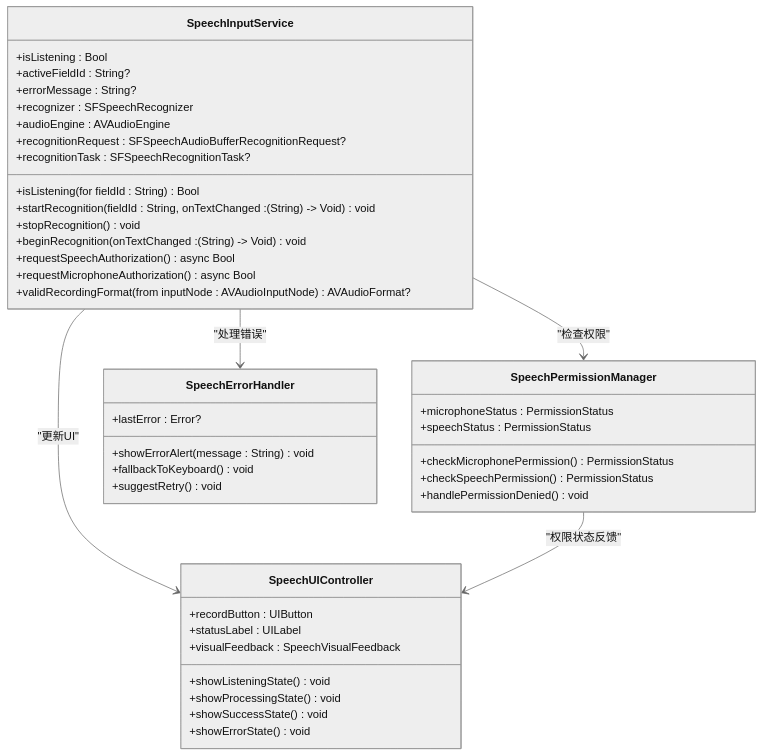
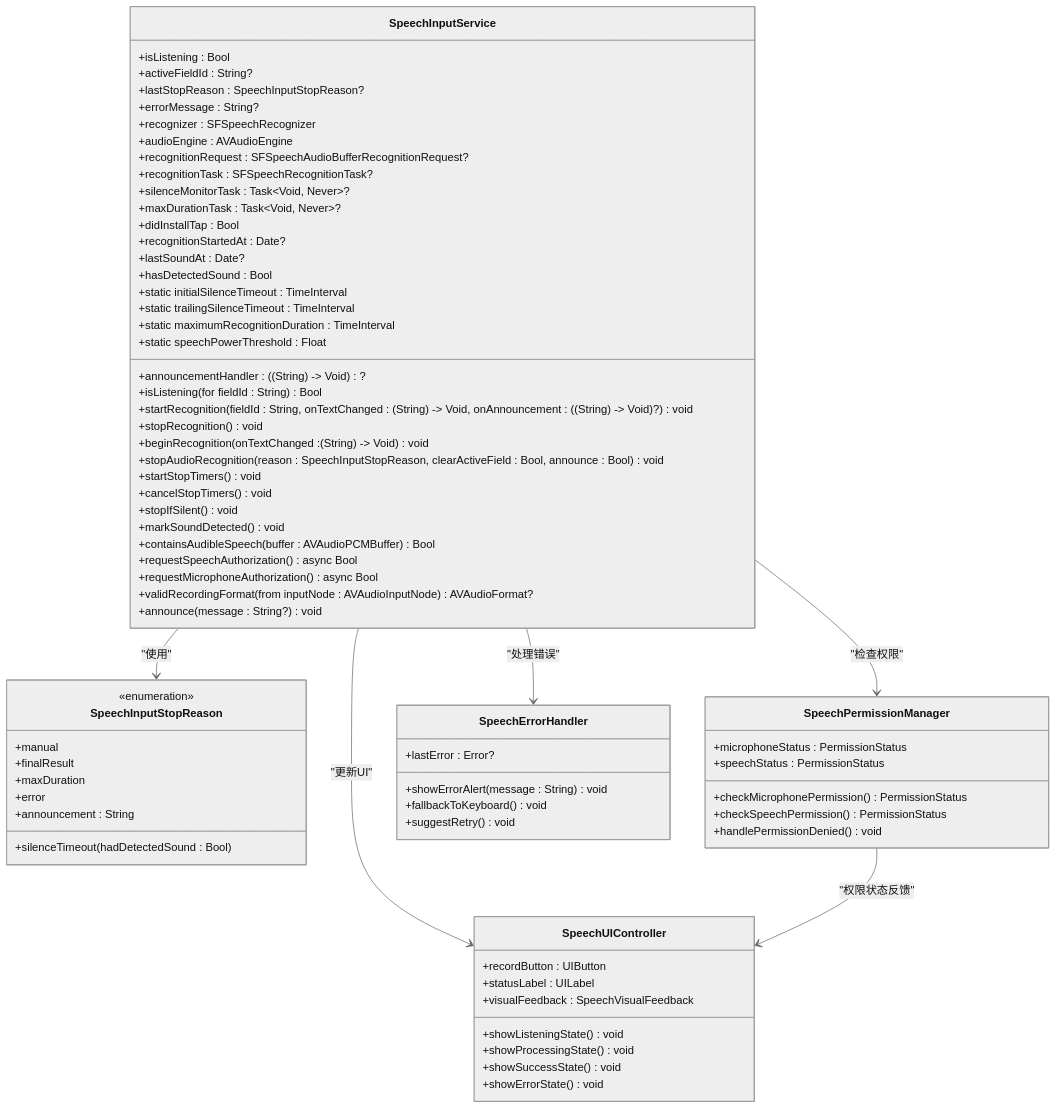
The third of 9 diagrams in .qoder/repowiki/zh/content/开发指南/编码规范与最佳实践/无障碍开发规范/语音输入集成.md (Jayden23018/blind-run-ios), drawn with Mermaid (neutral theme) before and after one commit. The commit also changed other lines of this file and 15 other files, not shown here.

````diff
--- a/.qoder/repowiki/zh/content/开发指南/编码规范与最佳实践/无障碍开发规范/语音输入集成.md
+++ b/.qoder/repowiki/zh/content/开发指南/编码规范与最佳实践/无障碍开发规范/语音输入集成.md
@@ -150,45 +174,74 @@
 ```mermaid
 classDiagram
 class SpeechInputService {
 +isListening : Bool
 +activeFieldId : String?
++lastStopReason : SpeechInputStopReason?
 +errorMessage : String?
 +recognizer : SFSpeechRecognizer
 +audioEngine : AVAudioEngine
 +recognitionRequest : SFSpeechAudioBufferRecognitionRequest?
 +recognitionTask : SFSpeechRecognitionTask?
++silenceMonitorTask : Task~Void, Never~?
++maxDurationTask : Task~Void, Never~?
++announcementHandler : ((String) -> Void)?
++didInstallTap : Bool
++recognitionStartedAt : Date?
++lastSoundAt : Date?
++hasDetectedSound : Bool
++static initialSilenceTimeout : TimeInterval
++static trailingSilenceTimeout : TimeInterval
++static maximumRecognitionDuration : TimeInterval
++static speechPowerThreshold : Float
 +isListening(for fieldId : String) Bool
-+startRecognition(fieldId : String, onTextChanged : (String) -> Void) void
++startRecognition(fieldId : String, onTextChanged : (String) -> Void, onAnnouncement : ((String) -> Void)?) void
 +stopRecognition() void
 +beginRecognition(onTextChanged : (String) -> Void) void
++stopAudioRecognition(reason : SpeechInputStopReason, clearActiveField : Bool, announce : Bool) void
++startStopTimers() void
++cancelStopTimers() void
++stopIfSilent() void
++markSoundDetected() void
++containsAudibleSpeech(buffer : AVAudioPCMBuffer) Bool
 +requestSpeechAuthorization() async Bool
 +requestMicrophoneAuthorization() async Bool
 +validRecordingFormat(from inputNode : AVAudioInputNode) AVAudioFormat?
++announce(message : String?) void
+}
+class SpeechInputStopReason {
+<<enumeration>>
++manual
++finalResult
++silenceTimeout(hadDetectedSound : Bool)
++maxDuration
++error
++announcement : String
 }
 class SpeechPermissionManager {
 +microphoneStatus : PermissionStatus
 +speechStatus : PermissionStatus
 +checkMicrophonePermission() PermissionStatus
 +checkSpeechPermission() PermissionStatus
 +handlePermissionDenied() void
 }
 class SpeechErrorHandler {
 +lastError : Error?
 +showErrorAlert(message : String) void
 +fallbackToKeyboard() void
 +suggestRetry() void
 }
 class SpeechUIController {
 +recordButton : UIButton
 +statusLabel : UILabel
 +visualFeedback : SpeechVisualFeedback
 +showListeningState() void
 +showProcessingState() void
 +showSuccessState() void
 +showErrorState() void
 }
+SpeechInputService --> SpeechInputStopReason : "使用"
 SpeechInputService --> SpeechPermissionManager : "检查权限"
 SpeechInputService --> SpeechErrorHandler : "处理错误"
 SpeechInputService --> SpeechUIController : "更新UI"
 SpeechPermissionManager --> SpeechUIController : "权限状态反馈"
 ```
````
